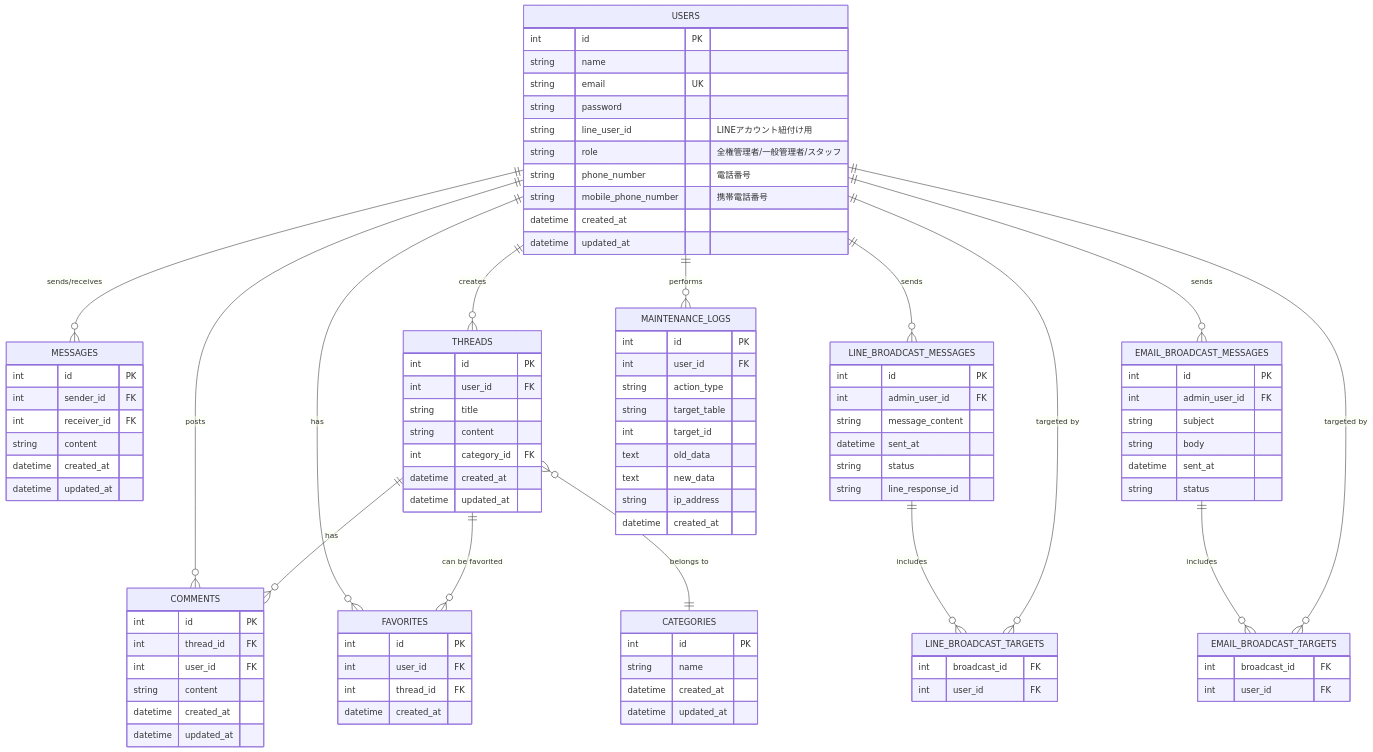
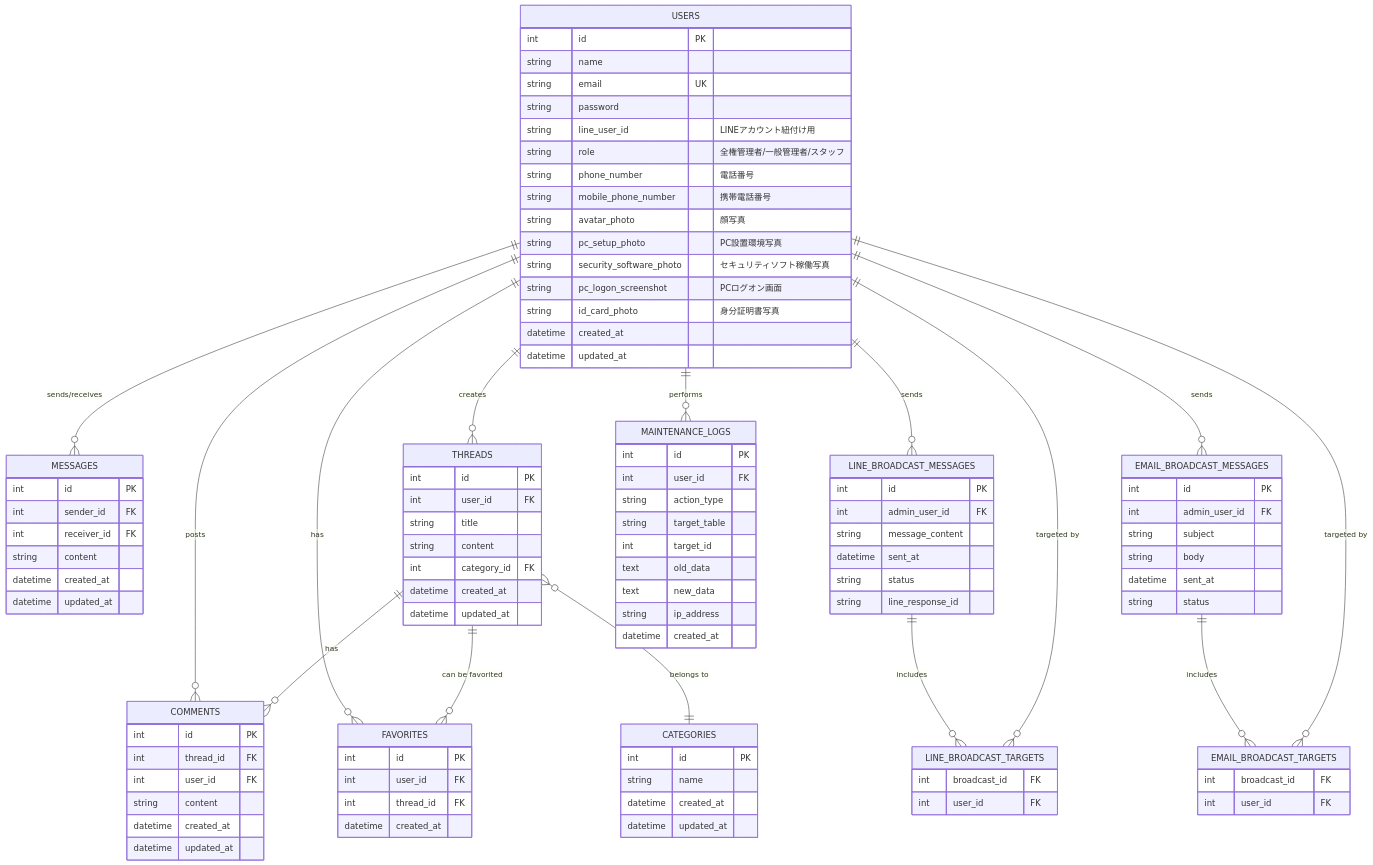
The diagram in Doc/05_er_diagram.md (Hideo0121/SSns.prj), drawn with Mermaid before and after one commit. The commit also changed other lines of this file and 5 other files, not shown here.

```diff
--- a/Doc/05_er_diagram.md
+++ b/Doc/05_er_diagram.md
@@ -16,6 +16,11 @@
         string role "全権管理者/一般管理者/スタッフ"
         string phone_number "電話番号"
         string mobile_phone_number "携帯電話番号"
+        string avatar_photo "顔写真"
+        string pc_setup_photo "PC設置環境写真"
+        string security_software_photo "セキュリティソフト稼働写真"
+        string pc_logon_screenshot "PCログオン画面"
+        string id_card_photo "身分証明書写真"
         datetime created_at
         datetime updated_at
     }
```
